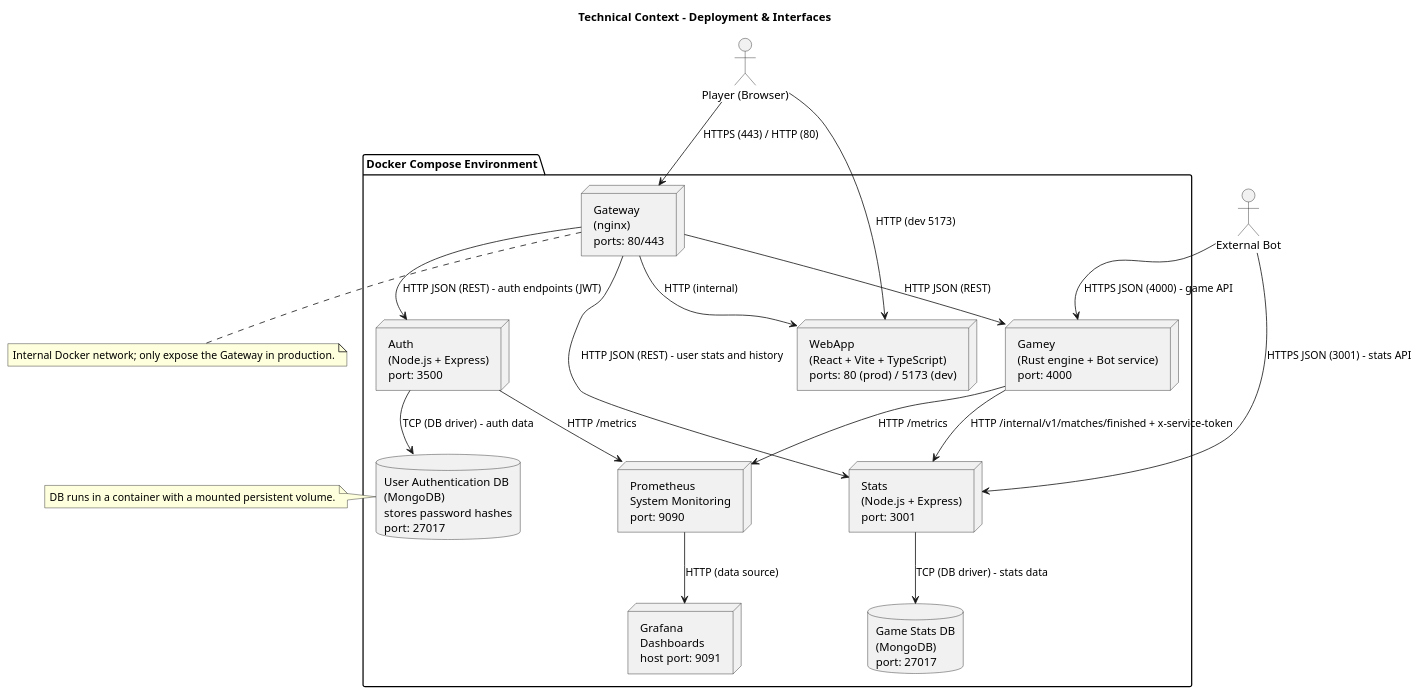
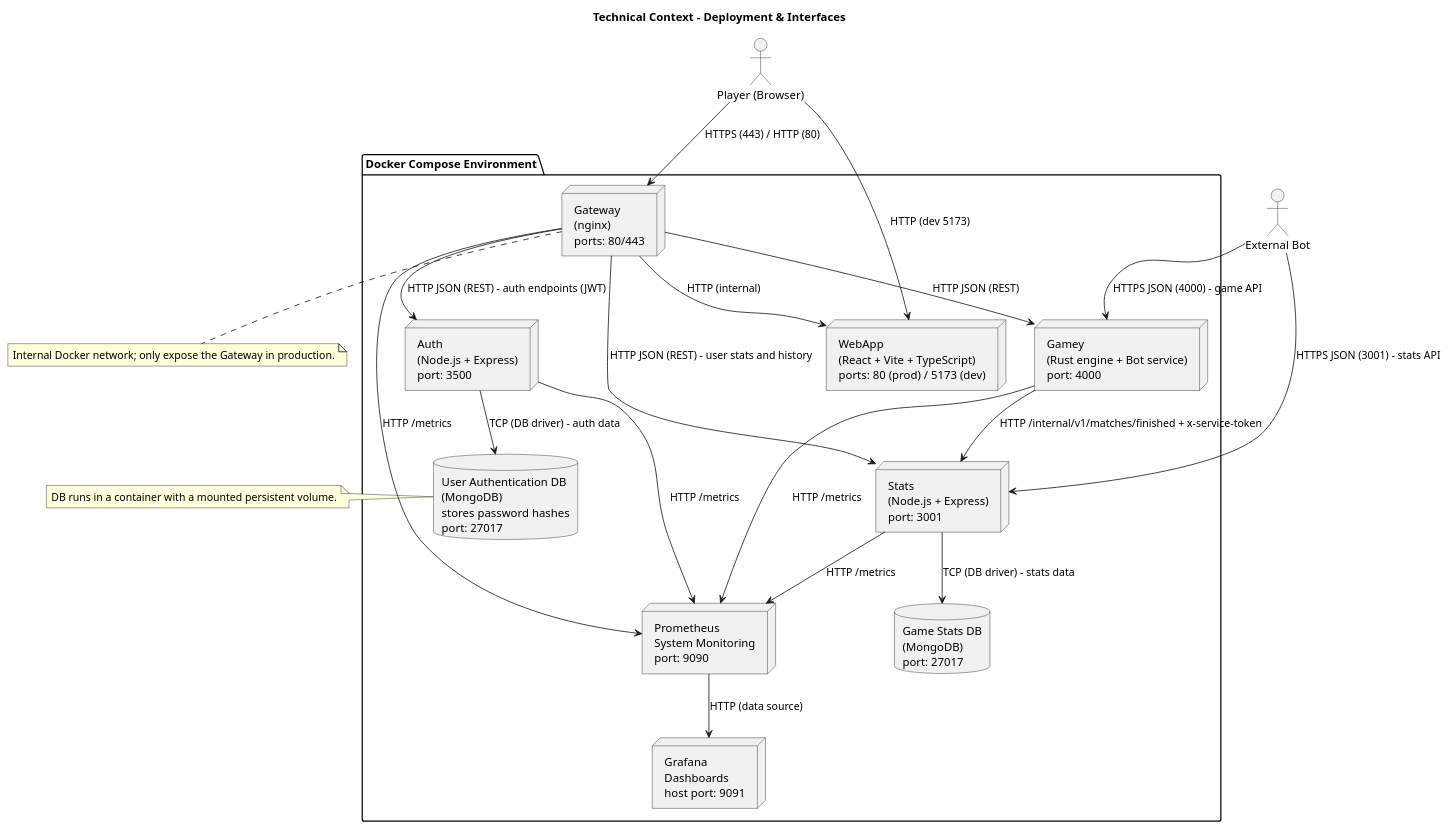
Before and after one commit to Arquisoft/yovi_es4b: the second of 2 diagrams in docs/src/03_context_and_scope.adoc, drawn with PlantUML. The commit also changed other lines of this file and 25 other files, not shown here.

```diff
--- a/docs/src/03_context_and_scope.adoc
+++ b/docs/src/03_context_and_scope.adoc
@@ -82,54 +82,56 @@
 [plantuml, target=technical-context-diagram, format=png]
 ----
 @startuml
 title Technical Context - Deployment & Interfaces
 
 actor "Player (Browser)" as Browser
 actor "External Bot" as ExternalBot
 
 package "Docker Compose Environment" {
 
     node "Gateway\n(nginx)\nports: 80/443" as Gateway
     node "WebApp\n(React + Vite + TypeScript)\nports: 80 (prod) / 5173 (dev)" as WebApp
     node "Auth\n(Node.js + Express)\nport: 3500" as Auth
     node "Stats\n(Node.js + Express)\nport: 3001" as Stats
     node "Gamey\n(Rust engine + Bot service)\nport: 4000" as Gamey
 
     database "User Authentication DB\n(MongoDB)\nstores password hashes\nport: 27017" as UserDB
     database "Game Stats DB\n(MongoDB)\nport: 27017" as GameDB
 
     node "Prometheus\nSystem Monitoring\nport: 9090" as Prometheus
     node "Grafana\nDashboards\nhost port: 9091" as Grafana
 }
 
 ' --- External interactions ---
 Browser --> Gateway : HTTPS (443) / HTTP (80)
 Browser --> WebApp : HTTP (dev 5173)
 
 ExternalBot --> Gamey : HTTPS JSON (4000) - game API
 ExternalBot --> Stats : HTTPS JSON (3001) - stats API
 
 ' --- Internal service communication ---
 Gateway --> WebApp : HTTP (internal)
 Gateway --> Auth : HTTP JSON (REST) - auth endpoints (JWT)
 Gateway --> Stats : HTTP JSON (REST) - user stats and history
 Gateway --> Gamey : HTTP JSON (REST)
 Auth --> UserDB : TCP (DB driver) - auth data
 Gamey --> Stats : HTTP /internal/v1/matches/finished + x-service-token
 Stats --> GameDB : TCP (DB driver) - stats data
 
 ' --- Monitoring ---
+Gateway --> Prometheus : HTTP /metrics
 Auth --> Prometheus : HTTP /metrics
+Stats --> Prometheus : HTTP /metrics
 Gamey --> Prometheus : HTTP /metrics
 Prometheus --> Grafana : HTTP (data source)
 
 note left of UserDB
 DB runs in a container with a mounted persistent volume.
 end note
 
 note bottom of Gateway
 Internal Docker network; only expose the Gateway in production.
 end note
 
 @enduml
 ----
```
